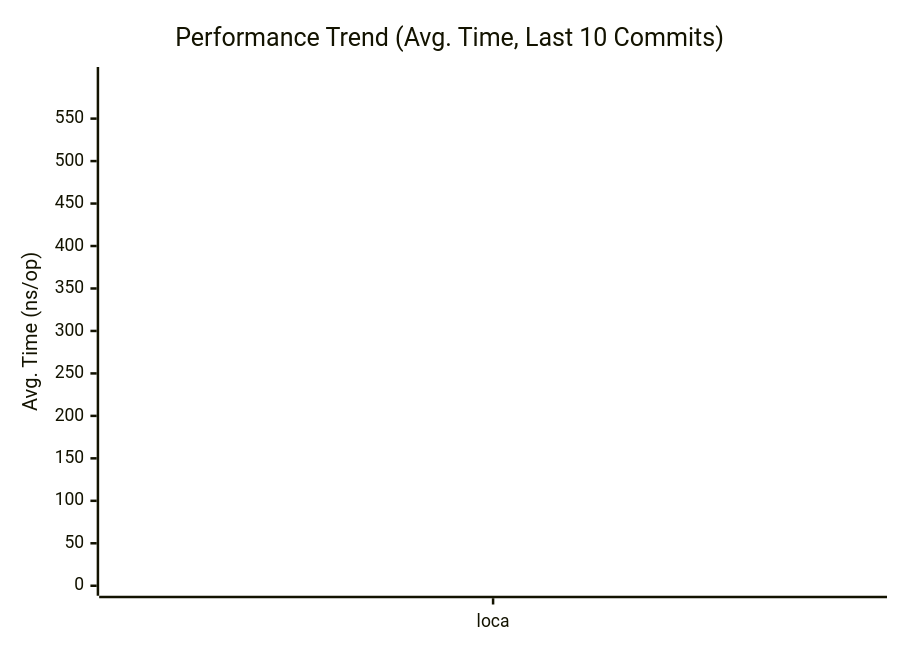
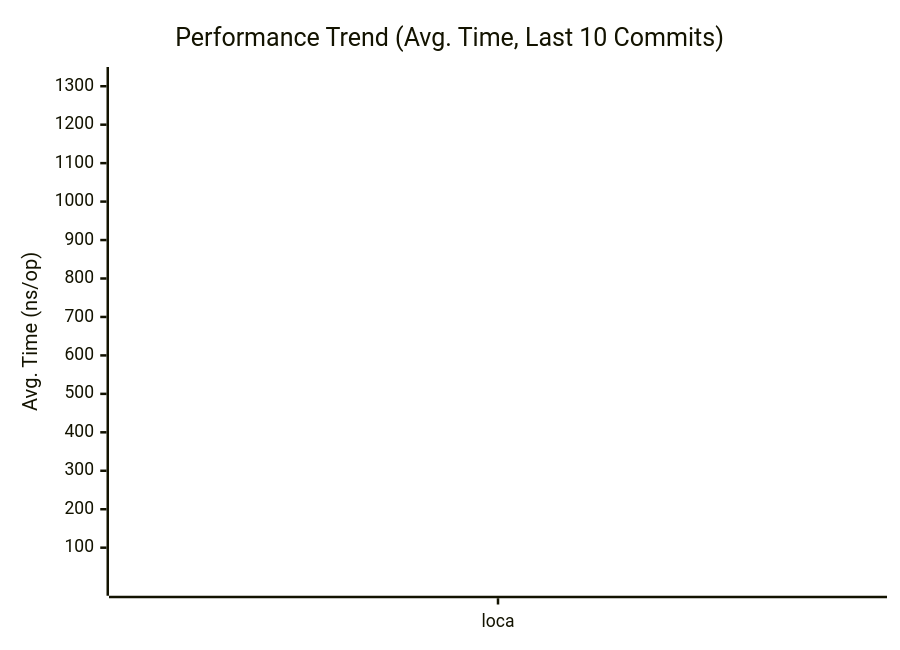
The first of 3 diagrams in docs/PERFORMANCE.md (alsotoes/momo), drawn with Mermaid before and after one commit. The commit also changed other lines of this file and 3 other files, not shown here.

````diff
--- a/docs/PERFORMANCE.md
+++ b/docs/PERFORMANCE.md
@@ -80,16 +80,16 @@
 ```mermaid
 xychart-beta
     title "Performance Trend (Avg. Time, Last 10 Commits)"
     x-axis "Commit"
     y-axis "Avg. Time (ns/op)"
     x-axis [loca]
-    line "CheckMetricsAndSwap" [6,7,7,6,8,6,11,11,18,16]
-    line "CrushOptimized" [245,263,280,255,293,317,357,362,407,570]
-    line "CrushOriginal" [368,359,367,362,401,371,438,495,670,738]
-    line "IndexDirectTracking" [0,0,0,0,0,0,0,0,1,1]
-    line "IndexSearch" [3,3,3,3,3,3,4,4,4,4]
-    line "LoadGlobalConfig" [599,626,637,616,649,706,826,900,1991,1644]
-    line "PadString" [2,2,2,2,2,2,2,3,3,4]
+    line "CheckMetricsAndSwap" [19,6,6,6,7,14,7,6,6,7]
+    line "CrushOptimized" [528,260,279,265,295,618,264,255,245,263]
+    line "CrushOriginal" [1101,375,388,399,426,831,362,367,368,359]
+    line "IndexDirectTracking" [1,0,0,0,0,1,0,0,0,0]
+    line "IndexSearch" [4,3,2,3,3,4,3,3,3,3]
+    line "LoadGlobalConfig" [1324,681,613,619,815,1442,632,613,599,626]
+    line "PadString" [2,2,2,2,2,3,2,2,2,2]
     line "ParseReplicationOrder_NoPrealloc" [350,349,357,354,345,225,229,165,232,234]
     line "ParseReplicationOrder_Prealloc" [229,231,237,234,229,108,107,80,110,109]
 ```
````
